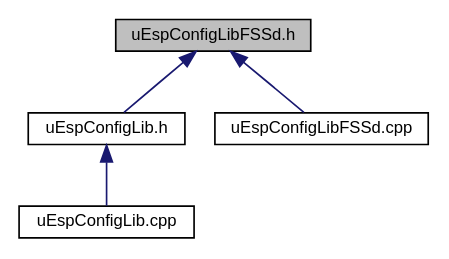
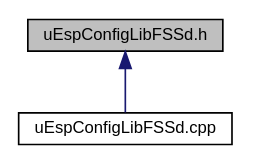
Before and after one commit to Naguissa/uEspConfigLib_doc_and_extras: the diagram in docs/uEspConfigLibFSSd_8h__dep__incl.dot, drawn with Graphviz. The commit also changed 52 other files, not shown here.

```diff
--- a/docs/uEspConfigLibFSSd_8h__dep__incl.dot
+++ b/docs/uEspConfigLibFSSd_8h__dep__incl.dot
@@ -1,13 +1,9 @@
 digraph "uEspConfigLibFSSd.h"
 {
  // LATEX_PDF_SIZE
   edge [fontname="Helvetica",fontsize="10",labelfontname="Helvetica",labelfontsize="10"];
   node [fontname="Helvetica",fontsize="10",shape=record];
   Node1 [label="uEspConfigLibFSSd.h",height=0.2,width=0.4,color="black", fillcolor="grey75", style="filled", fontcolor="black",tooltip=" "];
   Node1 -> Node2 [dir="back",color="midnightblue",fontsize="10",style="solid",fontname="Helvetica"];
-  Node2 [label="uEspConfigLib.h",height=0.2,width=0.4,color="black", fillcolor="white", style="filled",URL="$uEspConfigLib_8h.html",tooltip=" "];
-  Node2 -> Node3 [dir="back",color="midnightblue",fontsize="10",style="solid",fontname="Helvetica"];
-  Node3 [label="uEspConfigLib.cpp",height=0.2,width=0.4,color="black", fillcolor="white", style="filled",URL="$uEspConfigLib_8cpp.html",tooltip=" "];
-  Node1 -> Node4 [dir="back",color="midnightblue",fontsize="10",style="solid",fontname="Helvetica"];
-  Node4 [label="uEspConfigLibFSSd.cpp",height=0.2,width=0.4,color="black", fillcolor="white", style="filled",URL="$uEspConfigLibFSSd_8cpp.html",tooltip=" "];
+  Node2 [label="uEspConfigLibFSSd.cpp",height=0.2,width=0.4,color="black", fillcolor="white", style="filled",URL="$uEspConfigLibFSSd_8cpp.html",tooltip=" "];
 }
```
